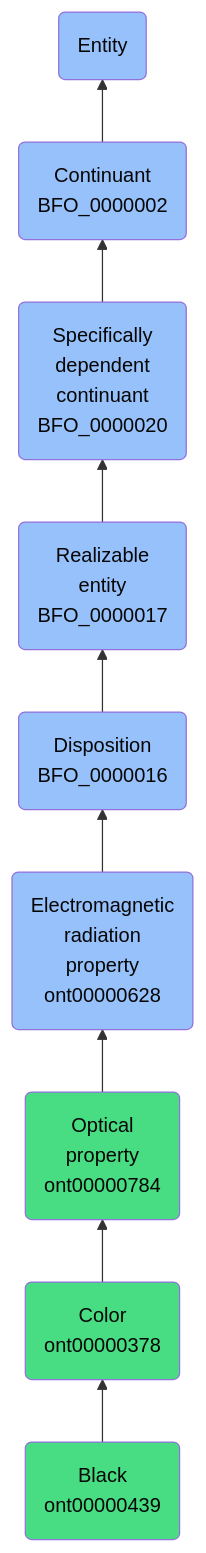
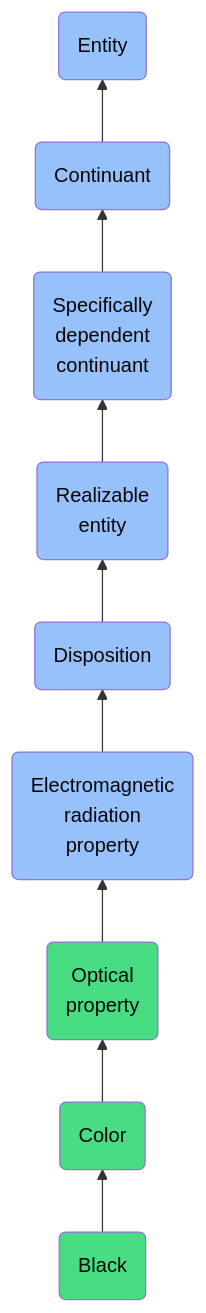
One commit to jupyter-naas/abi changed the diagram in docs/ontology/reference/model/Entity/Continuant/Specifically dependent continuant/Realizable entity/Disposition/Electromagnetic radiation property/Optical property/Color/Black/Black.md. Above: the diagram before and after it, drawn with Mermaid. The commit also changed other lines of this file and 1430 other files, not shown here.

````diff
--- a/docs/ontology/reference/model/Entity/Continuant/Specifically dependent continuant/Realizable entity/Disposition/Electromagnetic radiation property/Optical property/Color/Black/Black.md
+++ b/docs/ontology/reference/model/Entity/Continuant/Specifically dependent continuant/Realizable entity/Disposition/Electromagnetic radiation property/Optical property/Color/Black/Black.md
@@ -24,16 +24,16 @@
 ```mermaid
 graph BT
-    ont00000439(Black<br>ont00000439):::ABI-->ont00000378
-    ont00000378(Color<br>ont00000378):::ABI-->ont00000784
-    ont00000784(Optical<br>property<br>ont00000784):::ABI-->ont00000628
-    ont00000628(Electromagnetic<br>radiation<br>property<br>ont00000628):::BFO-->BFO_0000016
-    BFO_0000016(Disposition<br>BFO_0000016):::BFO-->BFO_0000017
-    BFO_0000017(Realizable<br>entity<br>BFO_0000017):::BFO-->BFO_0000020
-    BFO_0000020(Specifically<br>dependent<br>continuant<br>BFO_0000020):::BFO-->BFO_0000002
-    BFO_0000002(Continuant<br>BFO_0000002):::BFO-->BFO_0000001
+    ont00000439(Black):::ABI-->ont00000378
+    ont00000378(Color):::ABI-->ont00000784
+    ont00000784(Optical<br>property):::ABI-->ont00000628
+    ont00000628(Electromagnetic<br>radiation<br>property):::BFO-->BFO_0000016
+    BFO_0000016(Disposition):::BFO-->BFO_0000017
+    BFO_0000017(Realizable<br>entity):::BFO-->BFO_0000020
+    BFO_0000020(Specifically<br>dependent<br>continuant):::BFO-->BFO_0000002
+    BFO_0000002(Continuant):::BFO-->BFO_0000001
     BFO_0000001(Entity):::BFO
     
     classDef BFO fill:#97c1fb,color:#060606
     classDef CCO fill:#e4c51e,color:#060606
     classDef ABI fill:#48DD82,color:#060606
 ```
````
